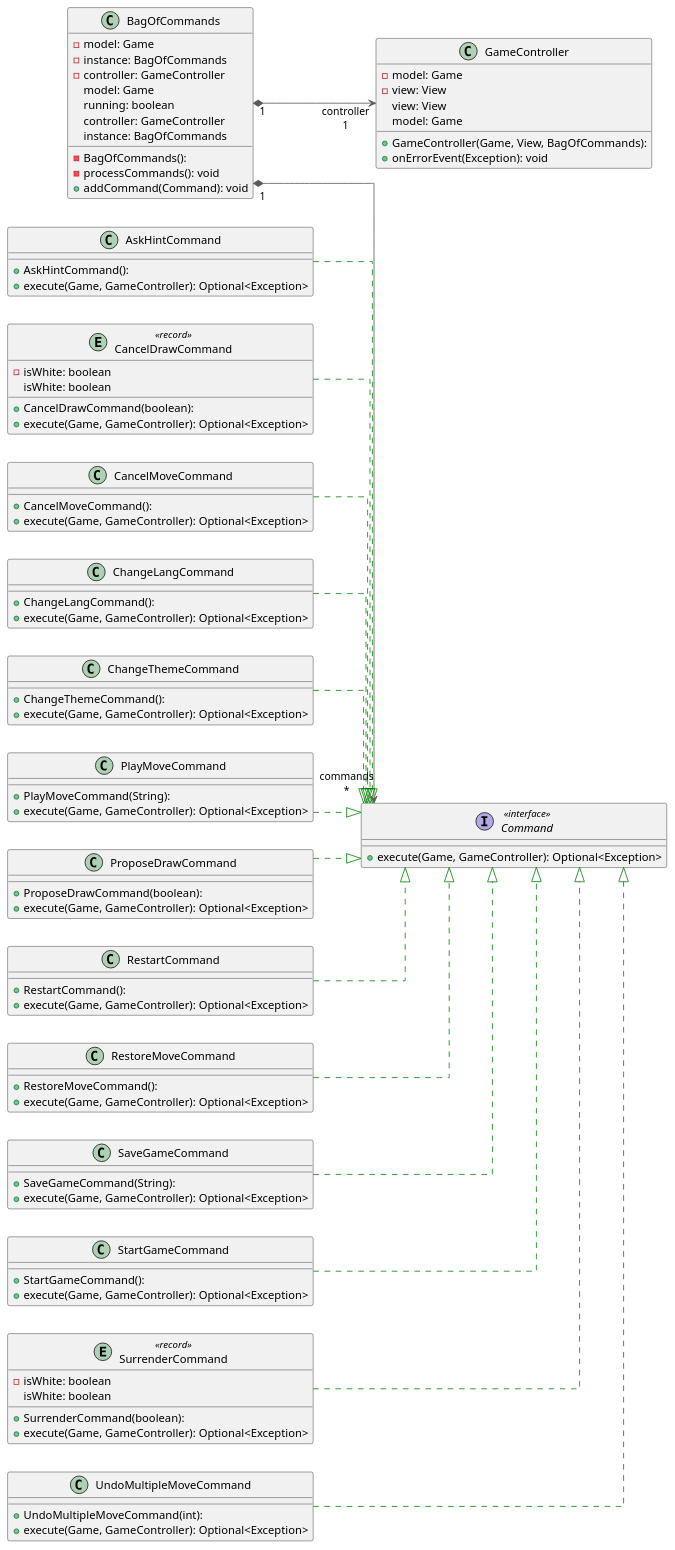
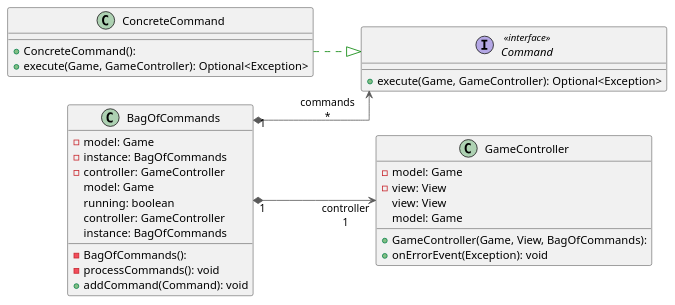
The diagram in reports/final/uml/controller.puml (Vjonquiere/chess), drawn with PlantUML before and after one commit. The commit also changed 4 other files, not shown here.

```diff
--- a/reports/final/uml/controller.puml
+++ b/reports/final/uml/controller.puml
@@ -1,101 +1,39 @@
 @startuml
 
 left to right direction
 skinparam linetype ortho
 
-class AskHintCommand {
-  + AskHintCommand(): 
-  + execute(Game, GameController): Optional<Exception>
-}
 class BagOfCommands {
   - BagOfCommands(): 
   - model: Game
   - instance: BagOfCommands
   - controller: GameController
   - processCommands(): void
   + addCommand(Command): void
    model: Game
    running: boolean
    controller: GameController
    instance: BagOfCommands
 }
-entity CancelDrawCommand << record >> {
-  + CancelDrawCommand(boolean): 
-  - isWhite: boolean
-  + execute(Game, GameController): Optional<Exception>
-   isWhite: boolean
-}
-class CancelMoveCommand {
-  + CancelMoveCommand(): 
+
+class ConcreteCommand {
+  + ConcreteCommand(): 
   + execute(Game, GameController): Optional<Exception>
 }
-class ChangeLangCommand {
-  + ChangeLangCommand(): 
-  + execute(Game, GameController): Optional<Exception>
-}
-class ChangeThemeCommand {
-  + ChangeThemeCommand(): 
-  + execute(Game, GameController): Optional<Exception>
-}
+
 interface Command << interface >> {
   + execute(Game, GameController): Optional<Exception>
 }
 class GameController {
   + GameController(Game, View, BagOfCommands): 
   - model: Game
   - view: View
   + onErrorEvent(Exception): void
    view: View
    model: Game
 }
-class PlayMoveCommand {
-  + PlayMoveCommand(String): 
-  + execute(Game, GameController): Optional<Exception>
-}
-class ProposeDrawCommand {
-  + ProposeDrawCommand(boolean): 
-  + execute(Game, GameController): Optional<Exception>
-}
-class RestartCommand {
-  + RestartCommand(): 
-  + execute(Game, GameController): Optional<Exception>
-}
-class RestoreMoveCommand {
-  + RestoreMoveCommand(): 
-  + execute(Game, GameController): Optional<Exception>
-}
-class SaveGameCommand {
-  + SaveGameCommand(String): 
-  + execute(Game, GameController): Optional<Exception>
-}
-class StartGameCommand {
-  + StartGameCommand(): 
-  + execute(Game, GameController): Optional<Exception>
-}
-entity SurrenderCommand << record >> {
-  + SurrenderCommand(boolean): 
-  - isWhite: boolean
-  + execute(Game, GameController): Optional<Exception>
-   isWhite: boolean
-}
-class UndoMultipleMoveCommand {
-  + UndoMultipleMoveCommand(int): 
-  + execute(Game, GameController): Optional<Exception>
-}
 
-AskHintCommand           -[#008200,dashed]-^  Command                 
 BagOfCommands           "1" *-[#595959,plain]-> "commands\n*" Command                 
 BagOfCommands           "1" *-[#595959,plain]-> "controller\n1" GameController          
-CancelDrawCommand        -[#008200,dashed]-^  Command                 
-CancelMoveCommand        -[#008200,dashed]-^  Command                 
-ChangeLangCommand        -[#008200,dashed]-^  Command                 
-ChangeThemeCommand       -[#008200,dashed]-^  Command                 
-PlayMoveCommand          -[#008200,dashed]-^  Command                 
-ProposeDrawCommand       -[#008200,dashed]-^  Command                 
-RestartCommand           -[#008200,dashed]-^  Command                 
-RestoreMoveCommand       -[#008200,dashed]-^  Command                 
-SaveGameCommand          -[#008200,dashed]-^  Command                 
-StartGameCommand         -[#008200,dashed]-^  Command                 
-SurrenderCommand         -[#008200,dashed]-^  Command                 
-UndoMultipleMoveCommand  -[#008200,dashed]-^  Command                 
+ConcreteCommand        -[#008200,dashed]-^  Command                 
 @enduml
```
